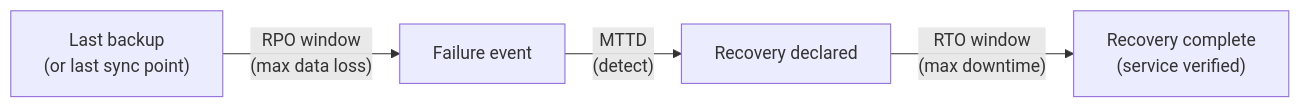
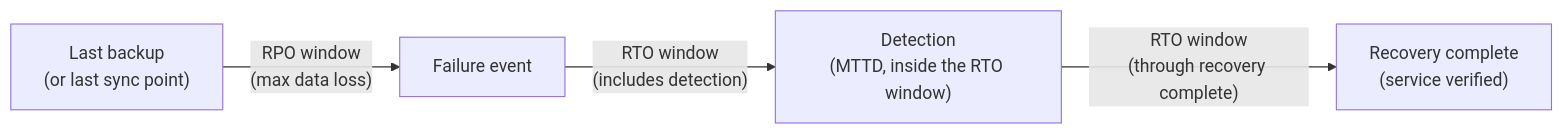
Before and after one commit to UncleJS/course_devops_career: the second of 5 diagrams in module-14-high-availability-dr.md, drawn with Mermaid. The commit also changed other lines of this file and 14 other files, not shown here.

````diff
--- a/module-14-high-availability-dr.md
+++ b/module-14-high-availability-dr.md
@@ -111,11 +107,11 @@
 ```mermaid
 flowchart LR
     LB["Last backup<br/>(or last sync point)"]
     F["Failure event"]
-    RD["Recovery declared"]
+    RD["Detection<br/>(MTTD, inside the RTO window)"]
     RC["Recovery complete<br/>(service verified)"]
 
     LB -->|"RPO window<br/>(max data loss)"| F
-    F -->|"MTTD<br/>(detect)"| RD
-    RD -->|"RTO window<br/>(max downtime)"| RC
+    F -->|"RTO window<br/>(includes detection)"| RD
+    RD -->|"RTO window<br/>(through recovery complete)"| RC
 ```
````
